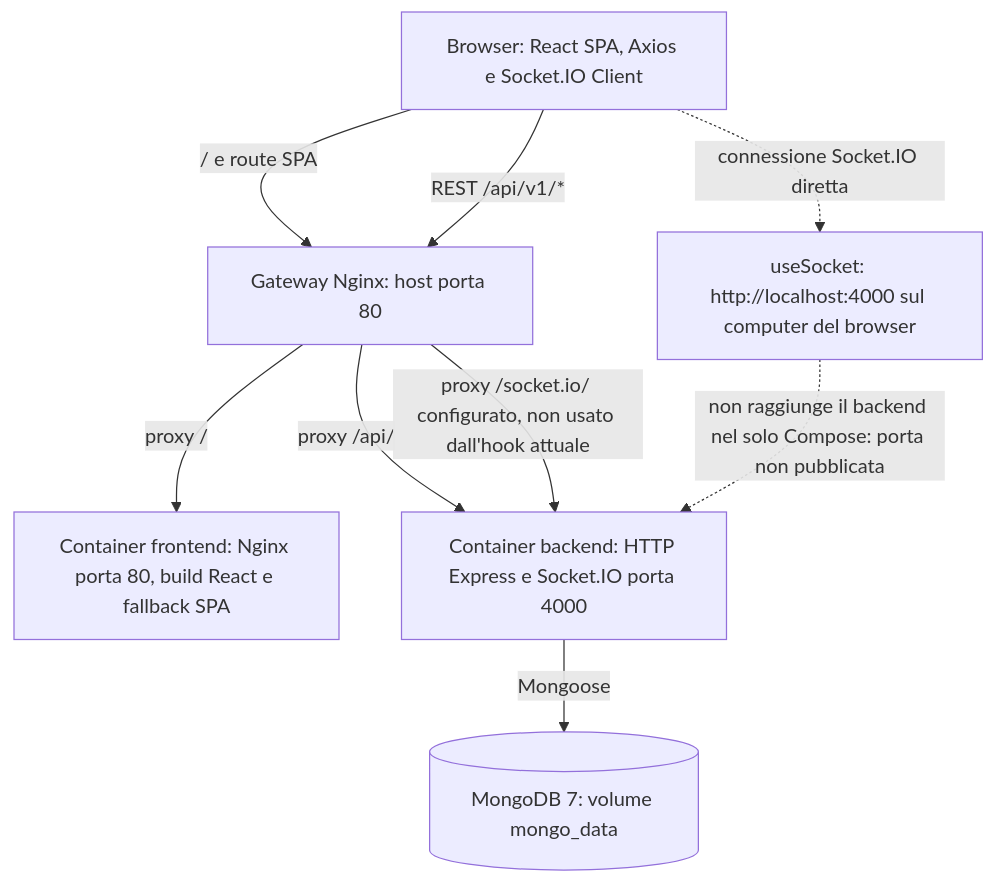
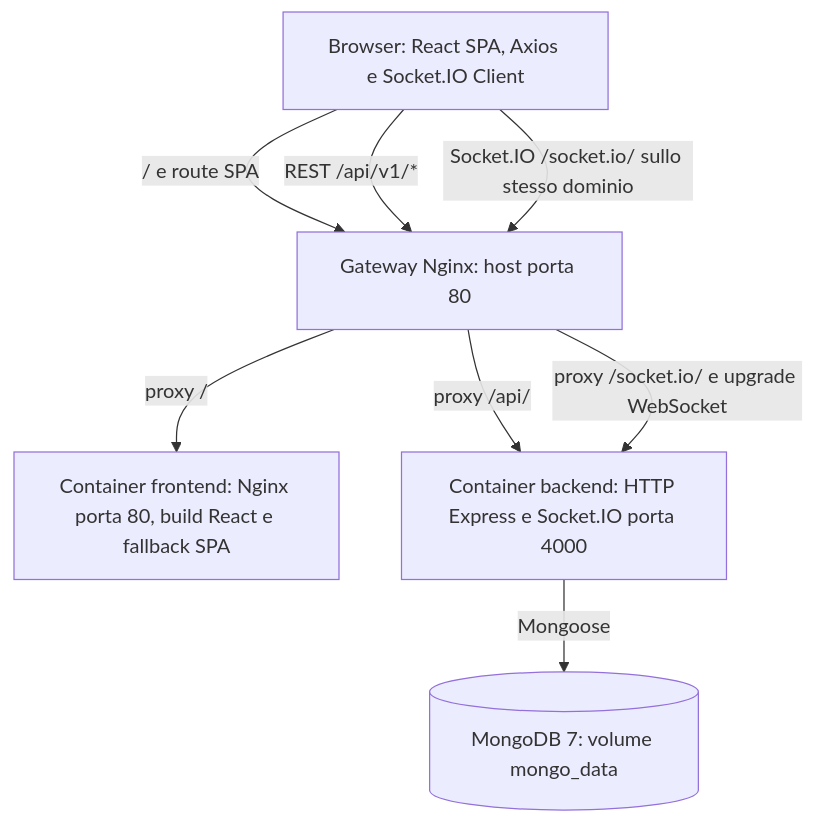
The first of 5 diagrams in README.md (LucaValenz/JamPulse), drawn with Mermaid before and after one commit. The commit also changed other lines of this file and 6 other files, not shown here.

````diff
--- a/README.md
+++ b/README.md
@@ -107,18 +107,16 @@
 ```mermaid
 flowchart TD
     Browser["Browser: React SPA, Axios e Socket.IO Client"]
     Gateway["Gateway Nginx: host porta 80"]
     Frontend["Container frontend: Nginx porta 80, build React e fallback SPA"]
     Backend["Container backend: HTTP Express e Socket.IO porta 4000"]
     Mongo[("MongoDB 7: volume mongo_data")]
-    Direct["useSocket: http://localhost:4000 sul computer del browser"]
 
     Browser -->|"/ e route SPA"| Gateway
     Gateway -->|"proxy /"| Frontend
     Browser -->|"REST /api/v1/*"| Gateway
     Gateway -->|"proxy /api/"| Backend
-    Gateway -->|"proxy /socket.io/ configurato, non usato dall'hook attuale"| Backend
-    Browser -.->|"connessione Socket.IO diretta"| Direct
-    Direct -.->|"non raggiunge il backend nel solo Compose: porta non pubblicata"| Backend
+    Browser -->|"Socket.IO /socket.io/ sullo stesso dominio"| Gateway
+    Gateway -->|"proxy /socket.io/ e upgrade WebSocket"| Backend
     Backend -->|"Mongoose"| Mongo
 ```
````
